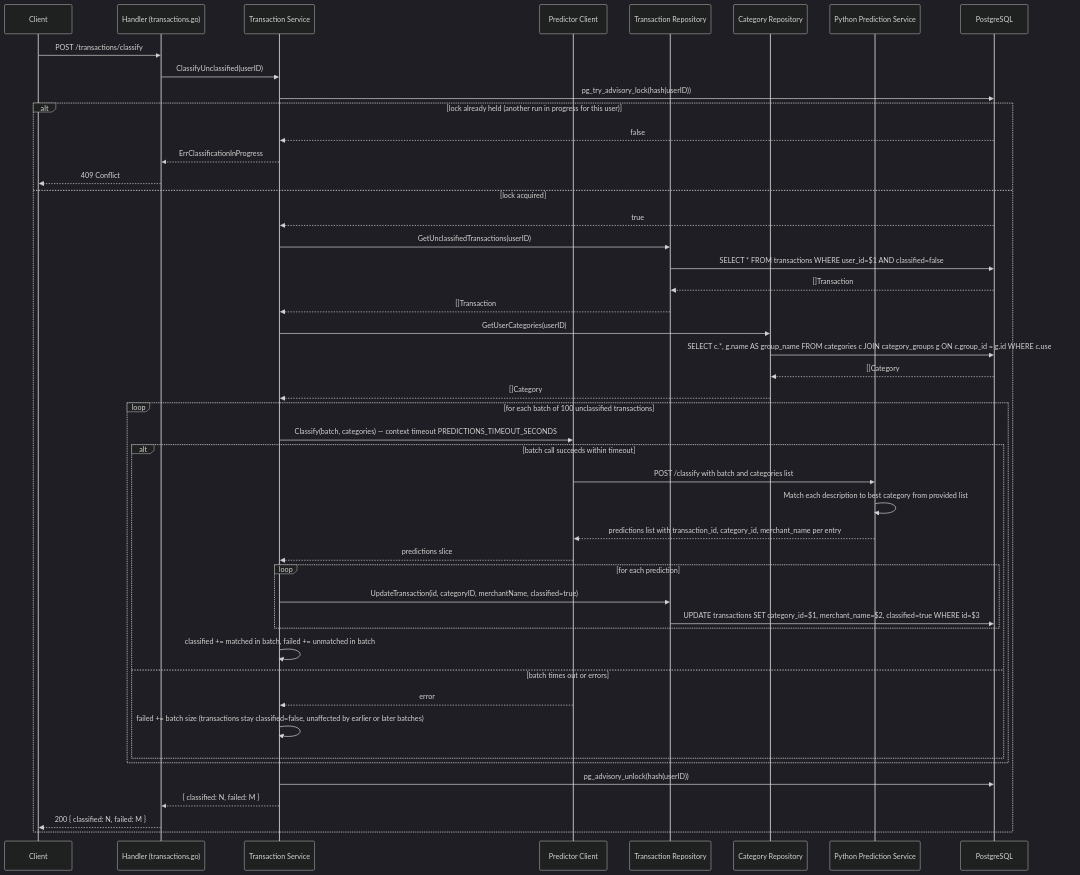
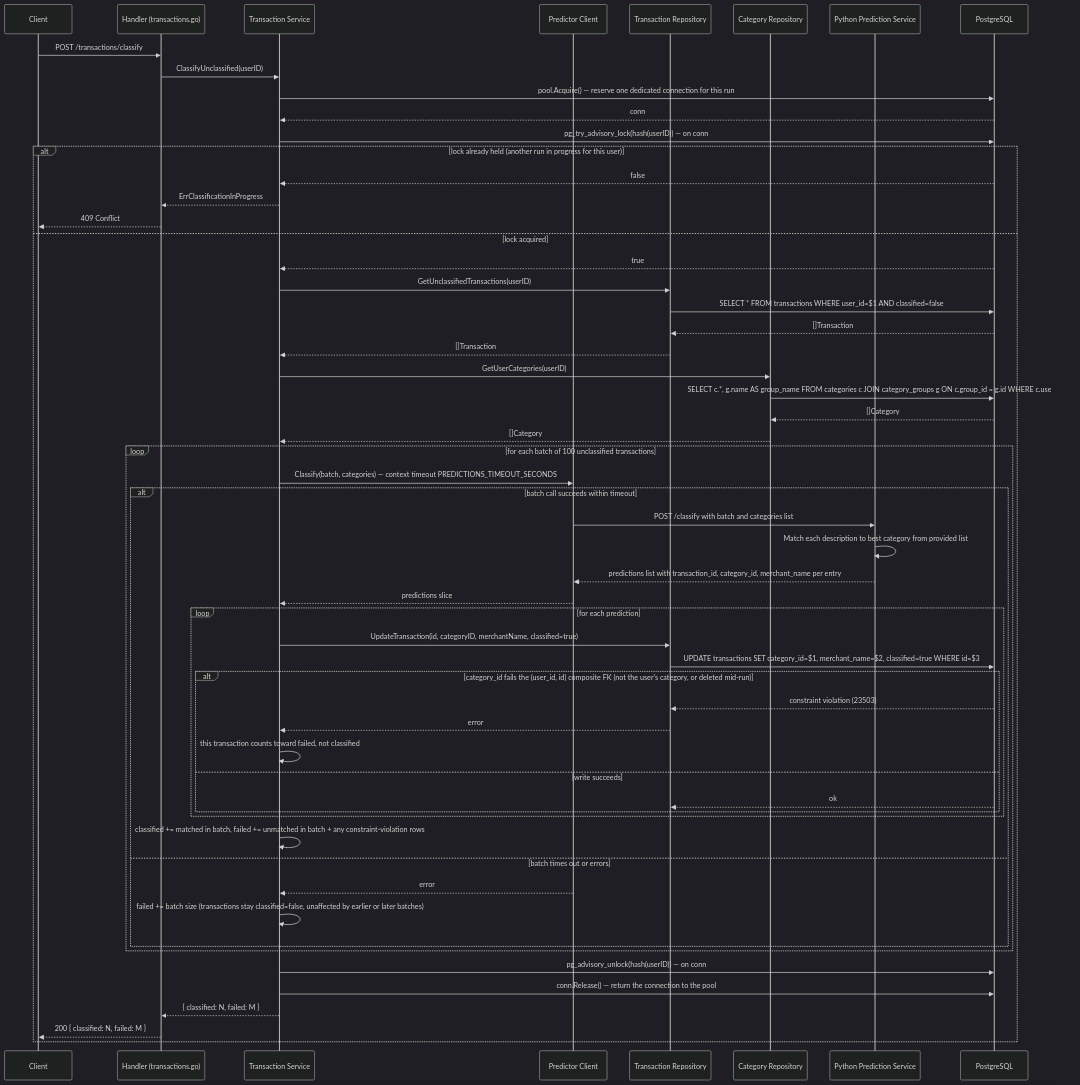
One commit to ppinedo0714/a-couple-of-coins changed diagram 13 of 16 in backend/docs/flows.md. Above: the diagram before and after it, drawn with Mermaid (dark theme). The commit also changed other lines of this file and 5 other files, not shown here.

````diff
--- a/backend/docs/flows.md
+++ b/backend/docs/flows.md
@@ -402,53 +573,63 @@
 ```mermaid
 sequenceDiagram
     participant C as Client
     participant H as Handler (transactions.go)
     participant TS as Transaction Service
     participant PC as Predictor Client
     participant TR as Transaction Repository
     participant CR as Category Repository
     participant PS as Python Prediction Service
     participant DB as PostgreSQL
 
     C->>H: POST /transactions/classify
     H->>TS: ClassifyUnclassified(userID)
-    TS->>DB: pg_try_advisory_lock(hash(userID))
+    TS->>DB: pool.Acquire() — reserve one dedicated connection for this run
+    DB-->>TS: conn
+    TS->>DB: pg_try_advisory_lock(hash(userID)) — on conn
     alt lock already held (another run in progress for this user)
         DB-->>TS: false
         TS-->>H: ErrClassificationInProgress
         H-->>C: 409 Conflict
     else lock acquired
         DB-->>TS: true
         TS->>TR: GetUnclassifiedTransactions(userID)
         TR->>DB: SELECT * FROM transactions WHERE user_id=$1 AND classified=false
         DB-->>TR: []Transaction
         TR-->>TS: []Transaction
 
         TS->>CR: GetUserCategories(userID)
         CR->>DB: SELECT c.*, g.name AS group_name FROM categories c JOIN category_groups g ON c.group_id = g.id WHERE c.user_id=$1
         DB-->>CR: []Category
         CR-->>TS: []Category
 
         loop for each batch of 100 unclassified transactions
             TS->>PC: Classify(batch, categories) — context timeout PREDICTIONS_TIMEOUT_SECONDS
             alt batch call succeeds within timeout
                 PC->>PS: POST /classify with batch and categories list
                 PS->>PS: Match each description to best category from provided list
                 PS-->>PC: predictions list with transaction_id, category_id, merchant_name per entry
                 PC-->>TS: predictions slice
                 loop for each prediction
                     TS->>TR: UpdateTransaction(id, categoryID, merchantName, classified=true)
                     TR->>DB: UPDATE transactions SET category_id=$1, merchant_name=$2, classified=true WHERE id=$3
+                    alt category_id fails the (user_id, id) composite FK (not the user's category, or deleted mid-run)
+                        DB-->>TR: constraint violation (23503)
+                        TR-->>TS: error
+                        TS->>TS: this transaction counts toward failed, not classified
+                    else write succeeds
+                        DB-->>TR: ok
+                    end
                 end
-                TS->>TS: classified += matched in batch, failed += unmatched in batch
+                TS->>TS: classified += matched in batch, failed += unmatched in batch + any constraint-violation rows
             else batch times out or errors
                 PC-->>TS: error
                 TS->>TS: failed += batch size (transactions stay classified=false, unaffected by earlier or later batches)
             end
         end
 
-        TS->>DB: pg_advisory_unlock(hash(userID))
+        TS->>DB: pg_advisory_unlock(hash(userID)) — on conn
+        TS->>DB: conn.Release() — return the connection to the pool
         TS-->>H: { classified: N, failed: M }
         H-->>C: 200 { classified: N, failed: M }
     end
 ```
````
